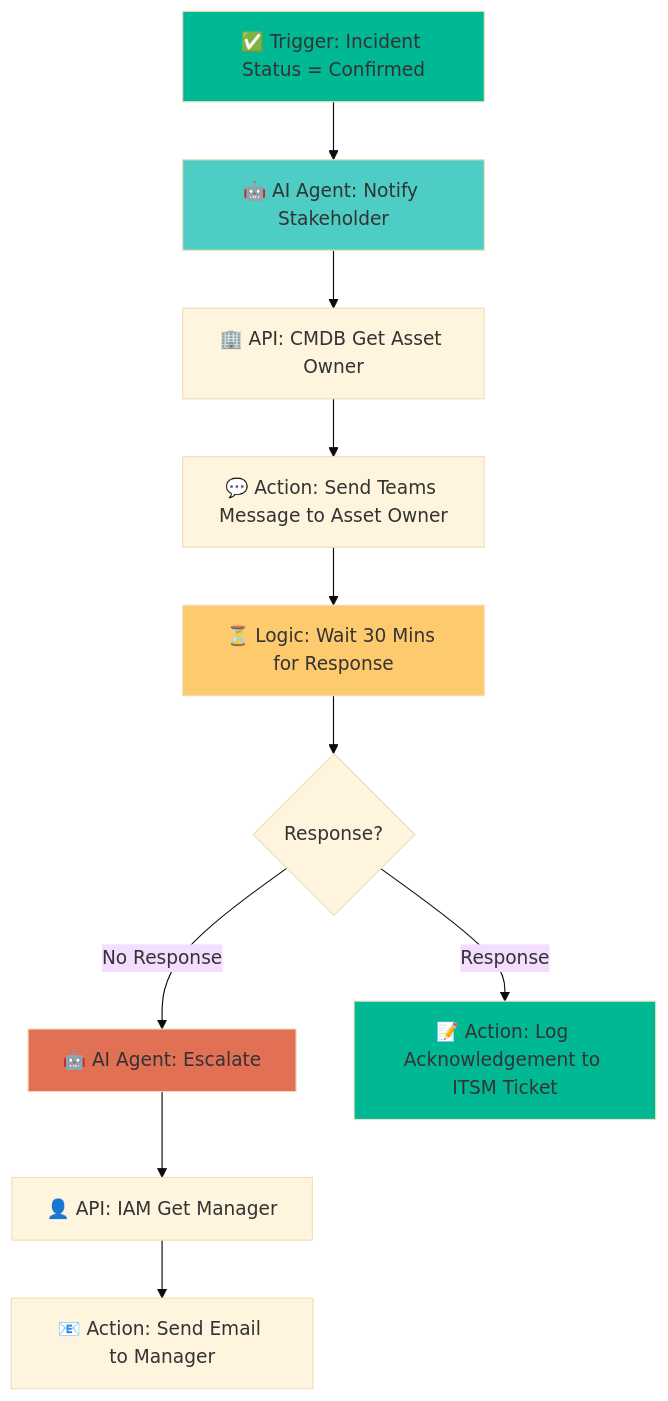
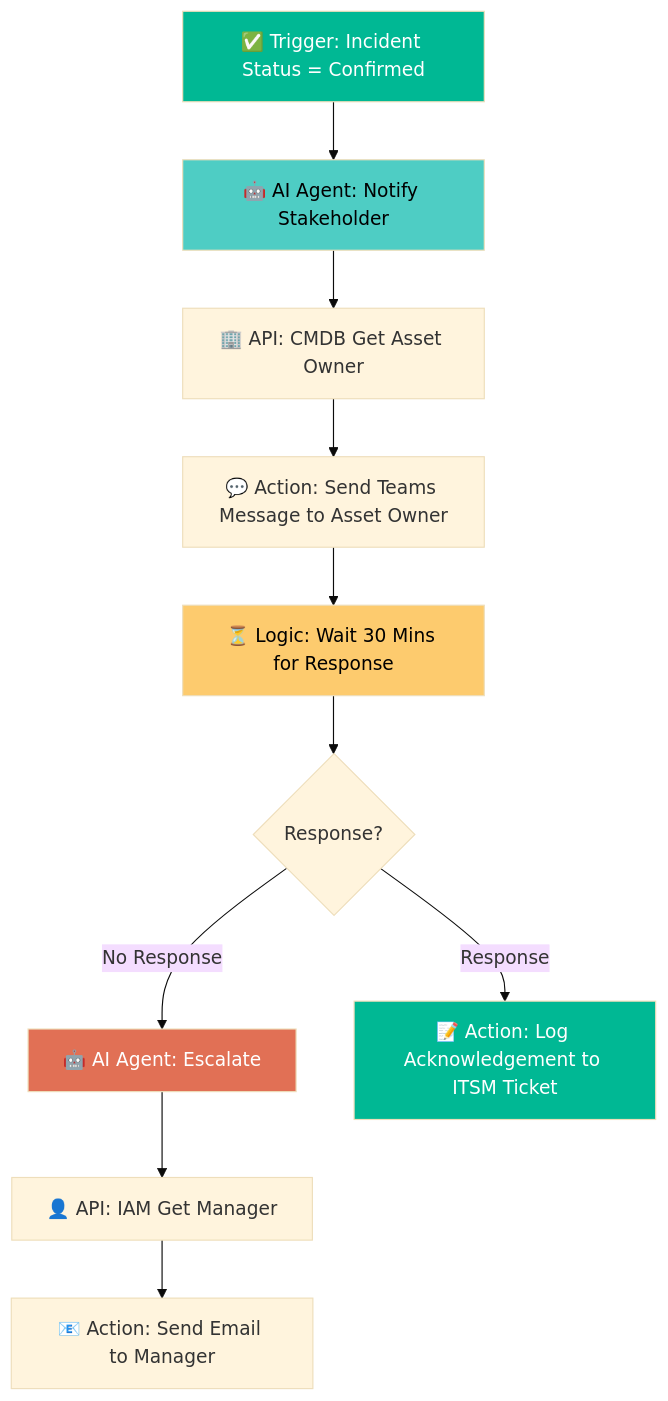
One commit to Ke0xes/AI4SecOps changed the fifth of 10 diagrams in usecases.md. Above: the diagram before and after it, drawn with Mermaid (base theme). The commit also changed other lines of this file, not shown here.

````diff
--- a/usecases.md
+++ b/usecases.md
@@ -189,18 +189,18 @@
 ```mermaid
 graph TD
     A[✅ Trigger: Incident Status = Confirmed] --> B[🤖 AI Agent: Notify Stakeholder]
     B --> C[🏢 API: CMDB Get Asset Owner]
     C --> D[💬 Action: Send Teams Message to Asset Owner]
     D --> E[⏳ Logic: Wait 30 Mins for Response]
     E --> F{Response?}
     F -->|No Response| G[🤖 AI Agent: Escalate]
     F -->|Response| H[📝 Action: Log Acknowledgement to ITSM Ticket]
     G --> I[👤 API: IAM Get Manager]
     I --> J[📧 Action: Send Email to Manager]
     
-    style A fill:#00b894
-    style B fill:#4ecdc4
-    style E fill:#fdcb6e
-    style G fill:#e17055
-    style H fill:#00b894
+    style A fill:#00b894,color:#fff
+    style B fill:#4ecdc4,color:#000
+    style E fill:#fdcb6e,color:#000
+    style G fill:#e17055,color:#fff
+    style H fill:#00b894,color:#fff
 ```
````
